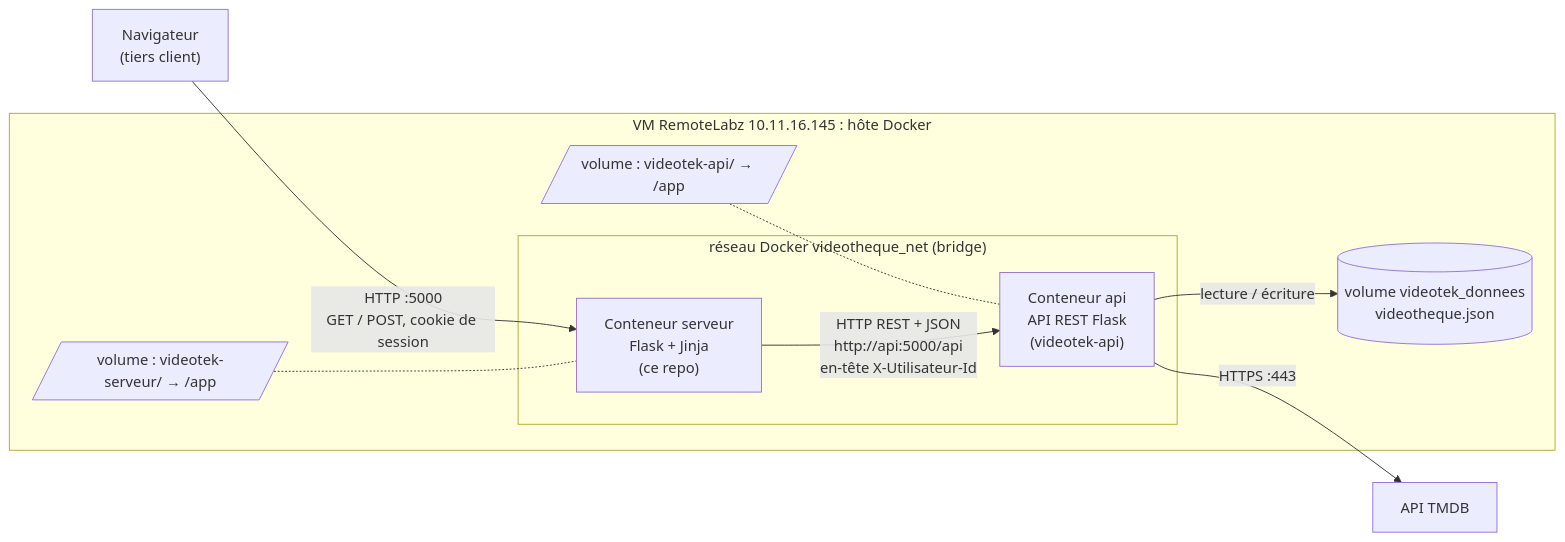
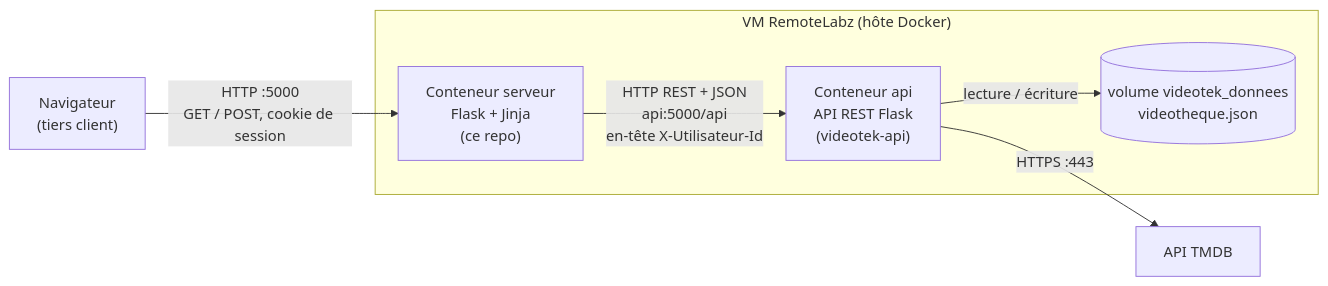
One commit to L4Curtis/videotek-serveur changed the first of 3 diagrams in README.md. Above: the diagram before and after it, drawn with Mermaid. The commit also changed other lines of this file, not shown here.

Commit message:
Améliore la lisibilité des diagrammes Mermaid du README

````diff
--- a/README.md
+++ b/README.md
@@ -15,16 +15,12 @@
 ```mermaid
 flowchart LR
     nav["Navigateur<br/>(tiers client)"] -->|"HTTP :5000<br/>GET / POST, cookie de session"| srv
-    subgraph vm["VM RemoteLabz 10.11.16.145 : hôte Docker"]
-        subgraph net["réseau Docker videotheque_net (bridge)"]
-            srv["Conteneur serveur<br/>Flask + Jinja<br/>(ce repo)"]
-            api["Conteneur api<br/>API REST Flask<br/>(videotek-api)"]
-        end
-        code1[/"volume : videotek-serveur/ → /app"/] -.- srv
-        code2[/"volume : videotek-api/ → /app"/] -.- api
+    subgraph vm["VM RemoteLabz (hôte Docker)"]
+        srv["Conteneur serveur<br/>Flask + Jinja<br/>(ce repo)"]
+        api["Conteneur api<br/>API REST Flask<br/>(videotek-api)"]
         json[("volume videotek_donnees<br/>videotheque.json")]
     end
-    srv -->|"HTTP REST + JSON<br/>http://api:5000/api<br/>en-tête X-Utilisateur-Id"| api
+    srv -->|"HTTP REST + JSON<br/>api:5000/api<br/>en-tête X-Utilisateur-Id"| api
     api -->|"lecture / écriture"| json
     api -->|"HTTPS :443"| tmdb["API TMDB"]
 ```
````
